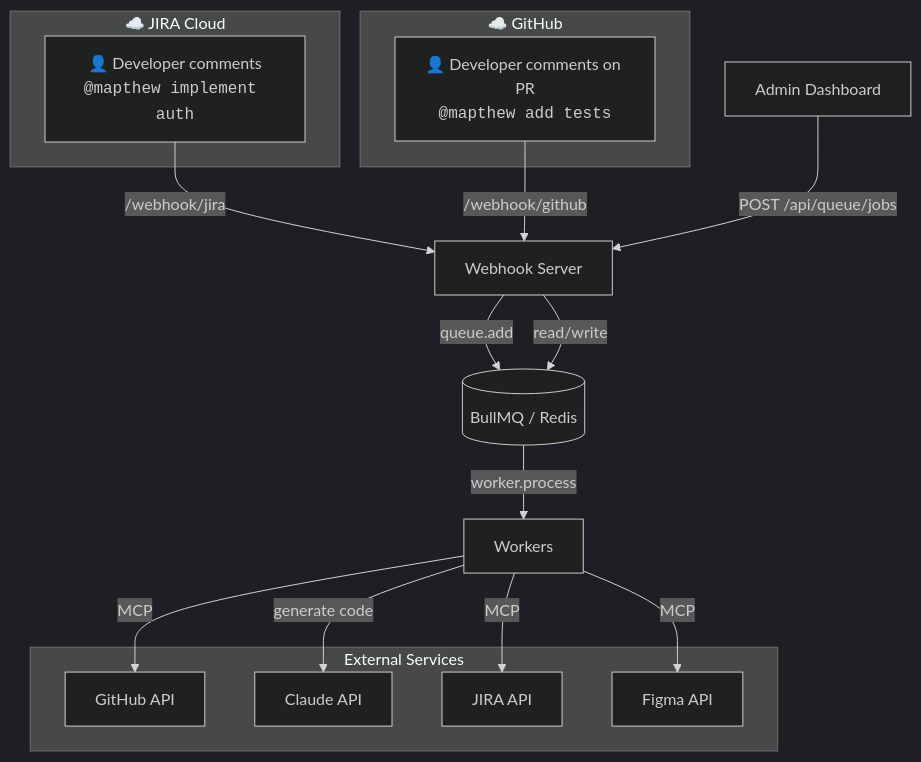
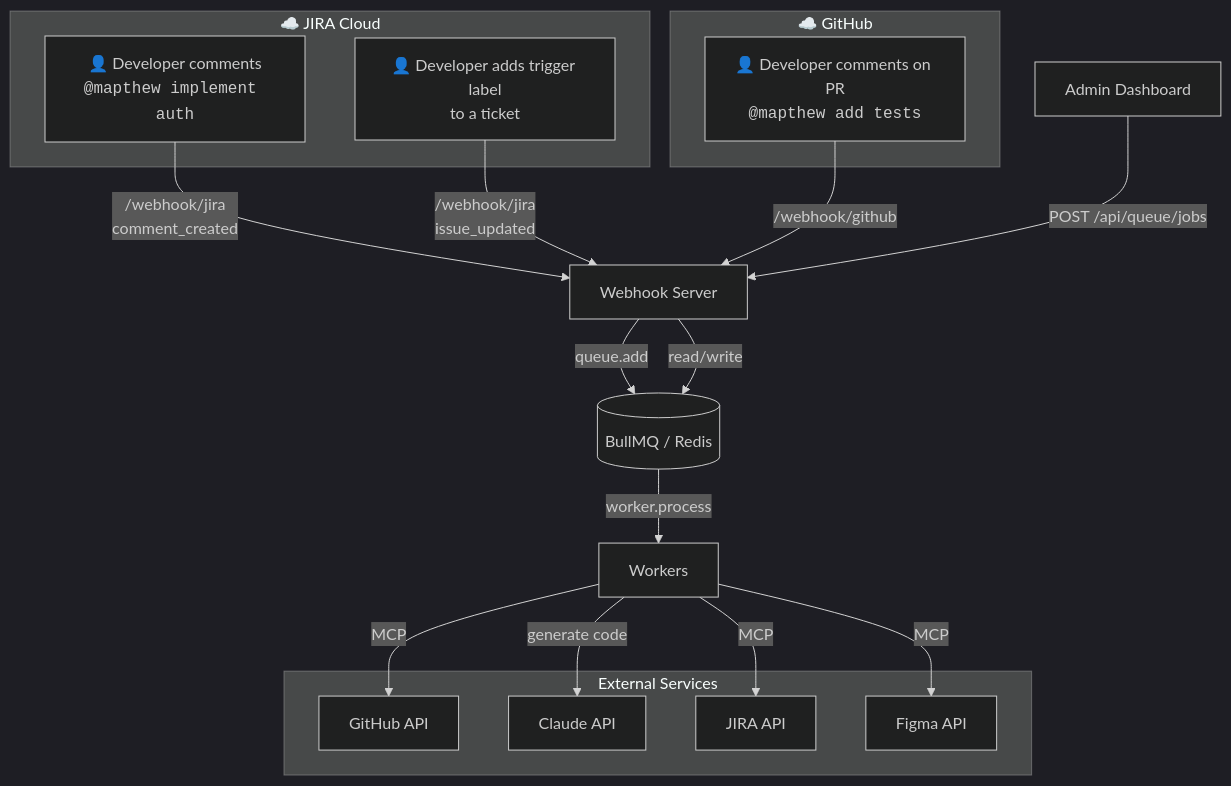
The first of 9 diagrams in docs/architecture.md (mappedin-dev/dexter), drawn with Mermaid (dark theme) before and after one commit. The commit also changed other lines of this file and 19 other files, not shown here.

First line of the commit message:
feat(MPTW-17): add bulk trigger via JIRA labels (#18)

````diff
--- a/docs/architecture.md
+++ b/docs/architecture.md
@@ -13,35 +14,37 @@
 ```mermaid
 flowchart TD
     subgraph JIRA["☁️ JIRA Cloud"]
         A[👤 Developer comments<br/><code>@mapthew implement auth</code>]
+        L[👤 Developer adds trigger label<br/>to a ticket]
     end
 
     subgraph GitHub["☁️ GitHub"]
         G[👤 Developer comments on PR<br/><code>@mapthew add tests</code>]
     end
 
     B[Webhook Server]
     ADMIN[Admin Dashboard]
 
     C[("BullMQ / Redis")]
     D[Workers]
 
     subgraph External["External Services"]
         H[GitHub API]
         I[Claude API]
         J[JIRA API]
         K[Figma API]
     end
 
-    A -->|/webhook/jira| B
+    A -->|/webhook/jira<br/>comment_created| B
+    L -->|/webhook/jira<br/>issue_updated| B
     G -->|/webhook/github| B
     ADMIN -->|POST /api/queue/jobs| B
     B -->|queue.add| C
     C -->|worker.process| D
     D -->|MCP| J
     D -->|MCP| H
     D -->|MCP| K
     D -->|generate code| I
 
     B -->|read/write| C
 ```
````
